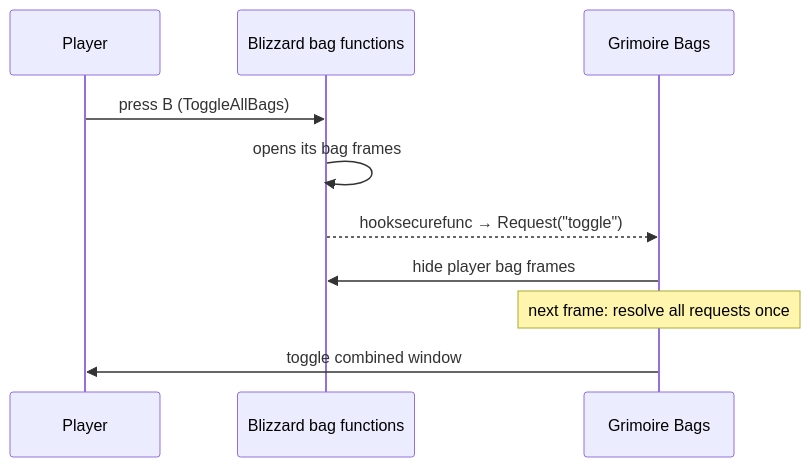
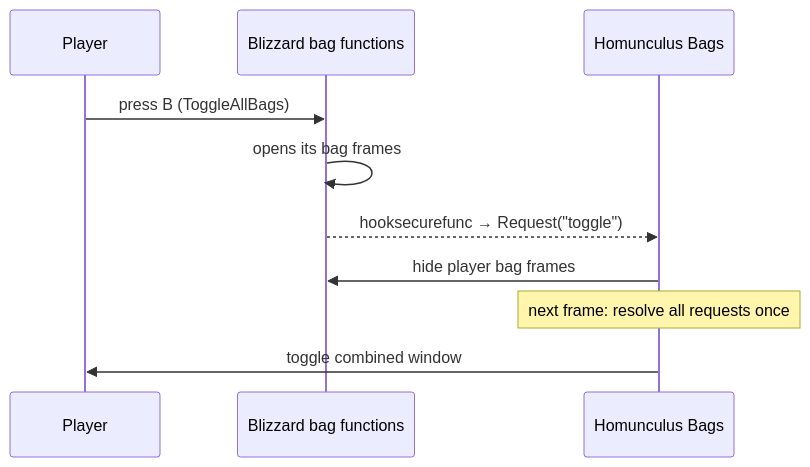
One commit to PhillypHenning/grimoire changed the second of 3 diagrams in docs/features/bags/README.md. Above: the diagram before and after it, drawn with Mermaid. The commit also changed other lines of this file and 178 other files, not shown here.

First line of the commit message:
Rename the suite from Grimoire to Homunculus (ADR 0010)

````diff
--- a/docs/features/bags/README.md
+++ b/docs/features/bags/README.md
@@ -33,12 +33,12 @@
 ```mermaid
 sequenceDiagram
     participant Player
     participant Blizzard as Blizzard bag functions
-    participant Bags as Grimoire Bags
+    participant Bags as Homunculus Bags
     Player->>Blizzard: press B (ToggleAllBags)
     Blizzard->>Blizzard: opens its bag frames
     Blizzard-->>Bags: hooksecurefunc → Request("toggle")
     Bags->>Blizzard: hide player bag frames
     Note over Bags: next frame: resolve all requests once
     Bags->>Player: toggle combined window
 ```
````
